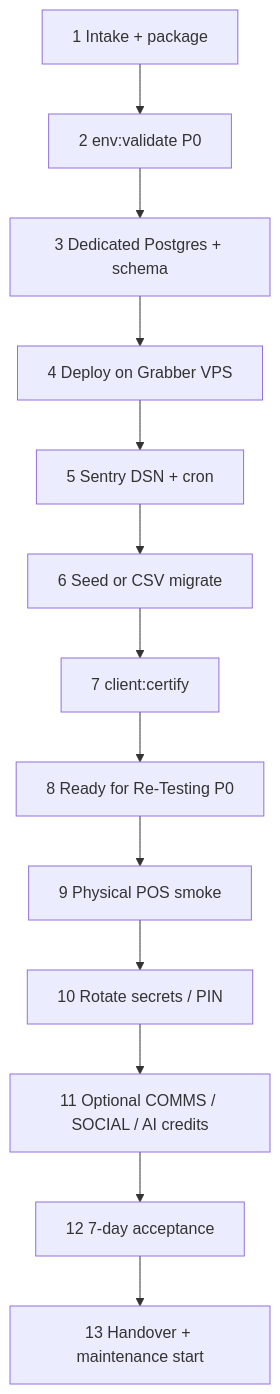
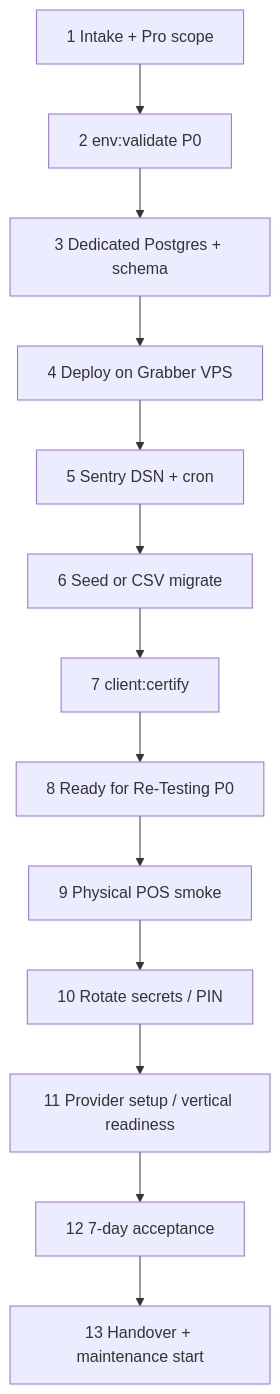
Before and after one commit to anasbikes1992-ui/grabber-poz-solo: the diagram in docs/SOFTWARE_PLAYBOOK.md, drawn with Mermaid. The commit also changed other lines of this file and 2 other files, not shown here.

Commit message:
docs: align commercial model to one pro package

````diff
--- a/docs/SOFTWARE_PLAYBOOK.md
+++ b/docs/SOFTWARE_PLAYBOOK.md
@@ -33,15 +33,15 @@
 ```mermaid
 flowchart TD
-  A[1 Intake + package] --> B[2 env:validate P0]
+  A[1 Intake + Pro scope] --> B[2 env:validate P0]
   B --> C[3 Dedicated Postgres + schema]
   C --> D[4 Deploy on Grabber VPS]
   D --> E[5 Sentry DSN + cron]
   E --> F[6 Seed or CSV migrate]
   F --> G[7 client:certify]
   G --> H[8 Ready for Re-Testing P0]
   H --> I[9 Physical POS smoke]
   I --> J[10 Rotate secrets / PIN]
-  J --> K[11 Optional COMMS / SOCIAL / AI credits]
+  J --> K[11 Provider setup / vertical readiness]
   K --> L[12 7-day acceptance]
   L --> M[13 Handover + maintenance start]
 ```
````
